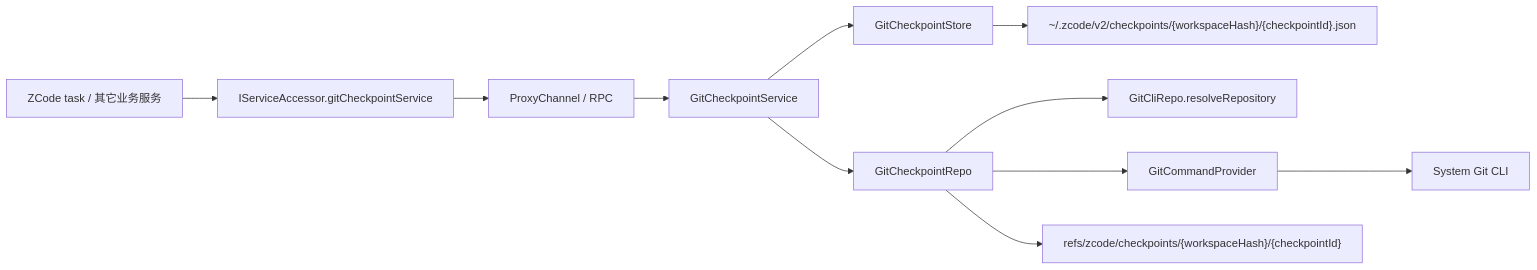
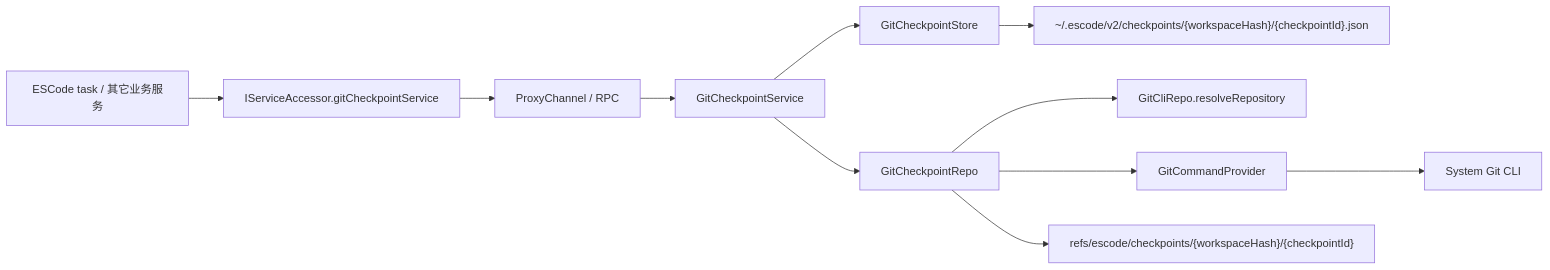
The diagram in docs/git/checkpoint-service-foundation.md (sekfung/ESCode), drawn with Mermaid before and after one commit. The commit also changed other lines of this file and 14315 other files, not shown here.

````diff
--- a/docs/git/checkpoint-service-foundation.md
+++ b/docs/git/checkpoint-service-foundation.md
@@ -87,13 +87,13 @@
 ```mermaid
 flowchart LR
-  Client["ZCode task / 其它业务服务"] --> Accessor["IServiceAccessor.gitCheckpointService"]
+  Client["ESCode task / 其它业务服务"] --> Accessor["IServiceAccessor.gitCheckpointService"]
   Accessor --> RPC["ProxyChannel / RPC"]
   RPC --> Service["GitCheckpointService"]
   Service --> Store["GitCheckpointStore"]
   Service --> Repo["GitCheckpointRepo"]
   Repo --> GitRepo["GitCliRepo.resolveRepository"]
   Repo --> Cmd["GitCommandProvider"]
   Cmd --> GitCLI["System Git CLI"]
-  Store --> Manifest["~/.zcode/v2/checkpoints/{workspaceHash}/{checkpointId}.json"]
-  Repo --> HiddenRef["refs/zcode/checkpoints/{workspaceHash}/{checkpointId}"]
+  Store --> Manifest["~/.escode/v2/checkpoints/{workspaceHash}/{checkpointId}.json"]
+  Repo --> HiddenRef["refs/escode/checkpoints/{workspaceHash}/{checkpointId}"]
 ```
````
